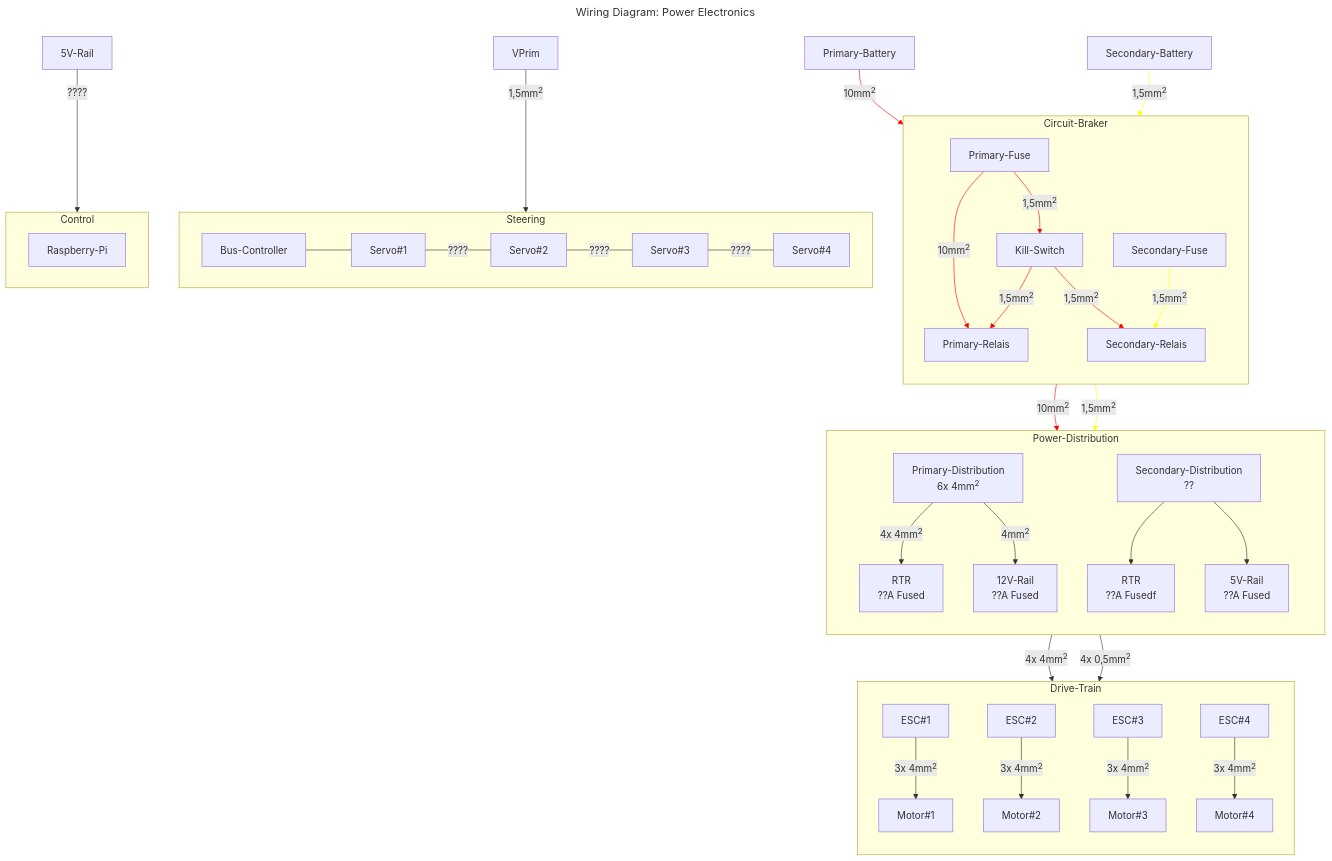
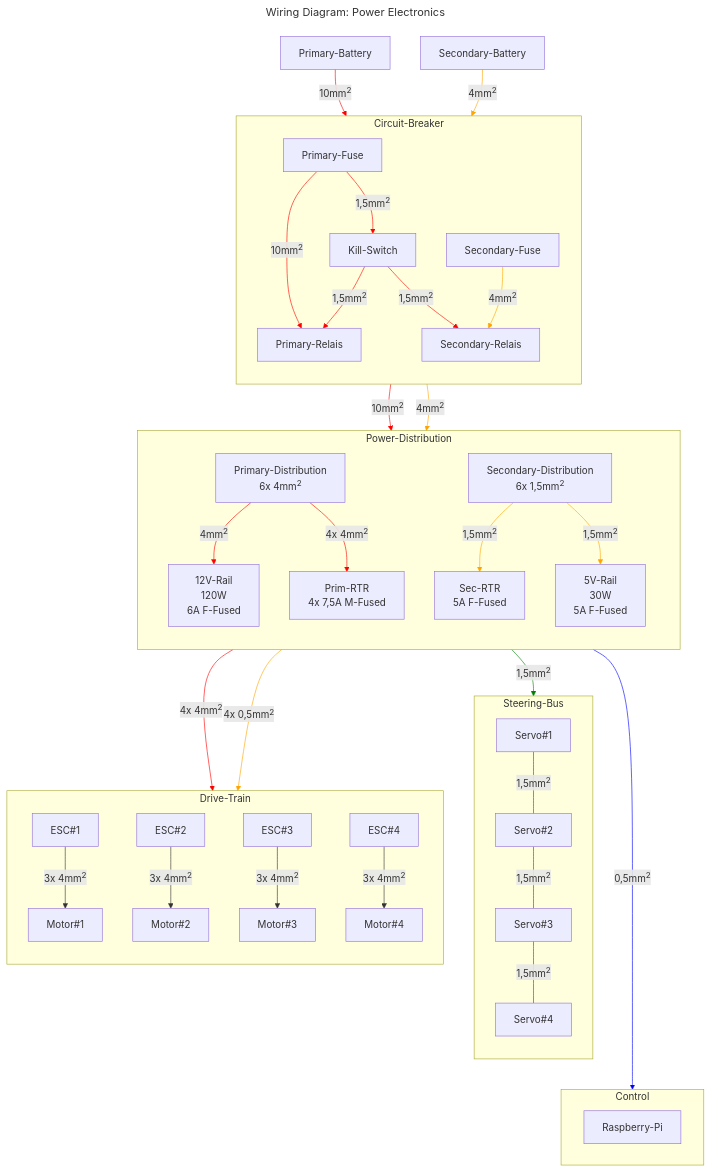
The diagram in hardware/wiring-diagram-p.mmd (RWU-R2M/PE), drawn with Mermaid before and after one commit.

Commit message:
updated wiring diagram p

```diff
--- a/hardware/wiring-diagram-p.mmd
+++ b/hardware/wiring-diagram-p.mmd
@@ -1,47 +1,51 @@
 ---
 title: "Wiring Diagram: Power Electronics"
 ---
+
 graph TB
 
 Primary-Battery --> |10mm<sup>2| Primary-Fuse
-Secondary-Battery --> |1,5mm<sup>2| Secondary-Fuse
-subgraph Circuit-Braker
+Secondary-Battery --> |4mm<sup>2| Secondary-Fuse
+subgraph Circuit-Breaker
     direction TB
     Primary-Fuse --> |10mm<sup>2| Primary-Relais
     Primary-Fuse --> |1,5mm<sup>2| Kill-Switch --> |1,5mm<sup>2| Primary-Relais & Secondary-Relais  
-    Secondary-Fuse --> |1,5mm<sup>2| Secondary-Relais
+    Secondary-Fuse --> |4mm<sup>2| Secondary-Relais
 end
 
 Primary-Relais --> |10mm<sup>2| PD
-Secondary-Relais --> |1,5mm<sup>2| SD
+Secondary-Relais --> |4mm<sup>2| SD
 subgraph Power-Distribution
     direction TB
-    PD[Primary-Distribution \n 6x 4mm<sup>2] --> |4x 4mm<sup>2| PDF1[RTR \n ??A Fused]
-    PD --> |4mm<sup>2| PDF2[12V-Rail \n ??A Fused]
-    SD[Secondary-Distribution \n ??] --> SDF1[RTR \n ??A Fusedf] & SDF2[5V-Rail \n ??A Fused]
+    PD[Primary-Distribution \n 6x 4mm<sup>2] 
+    PD --> |4mm<sup>2| PDF1[12V-Rail \n 120W \n 6A F-Fused]
+    PD --> |4x 4mm<sup>2| PDF2[Prim-RTR \n 4x 7,5A M-Fused] 
+    SD[Secondary-Distribution \n 6x 1,5mm<sup>2] --> |1,5mm<sup>2| SDF1[Sec-RTR \n 5A F-Fused] & SDF2[5V-Rail \n 30W \n 5A F-Fused]
 end
 
-VPrim --> |1,5mm<sup>2| Steering
-subgraph Steering
-    direction LR 
-    Bus-Controller --- Servo#1 --- |????| Servo#2 --- |????| Servo#3 --- |????| Servo#4
+PDF1 --> |1,5mm<sup>2| Steering-Bus
+subgraph Steering-Bus
+    direction TB
+    Servo#1 --- |1,5mm<sup>2| Servo#2 --- |1,5mm<sup>2| Servo#3 --- |1,5mm<sup>2| Servo#4
 end
 
 
-PDF1--> |4x 4mm<sup>2| Drive-Train
+PDF2--> |4x 4mm<sup>2| Drive-Train
 SDF1 --> |4x 0,5mm<sup>2| Drive-Train
 subgraph Drive-Train
     direction TB
     ESC#1 --> |3x 4mm<sup>2| Motor#1
     ESC#2 --> |3x 4mm<sup>2| Motor#2
     ESC#3 --> |3x 4mm<sup>2| Motor#3
     ESC#4 --> |3x 4mm<sup>2| Motor#4
 end
 
-5V-Rail --> |????| Control
+SDF2 ---> |0,5mm<sup>2| Control
 subgraph Control
     Raspberry-Pi
 end
 
-linkStyle 0,2,3,4,5,7 stroke:red
-linkStyle 1,6,8 stroke:yellow
+linkStyle 0,2,3,4,5,7,9,10,17 stroke:red
+linkStyle 1,6,8,11,12,18 stroke:orange
+linkStyle 13,14,15,16 stroke:green
+linkStyle 23 stroke:blue
```
